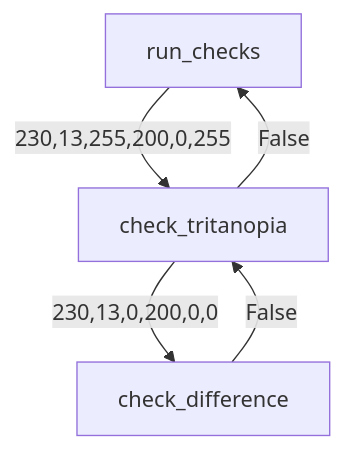
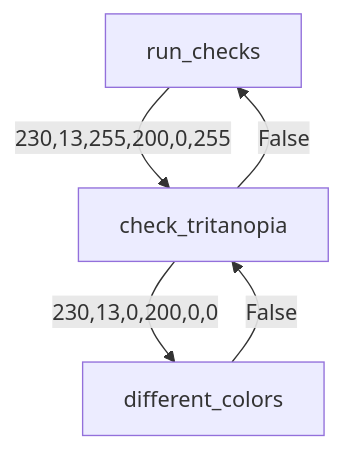
The fourth of 8 diagrams in instructions/ColorTestorDesign.md (CS5001-khoury/hw03), drawn with Mermaid before and after one commit. The commit also changed other lines of this file and 1 other file, not shown here.

````diff
--- a/instructions/ColorTestorDesign.md
+++ b/instructions/ColorTestorDesign.md
@@ -114,7 +114,7 @@
 ```mermaid
 flowchart TD
     run_checks -- 230,13,255,200,0,255 --> check_tritanopia
-    check_tritanopia -- 230,13,0,200,0,0 --> check_difference
-    check_difference -- False --> check_tritanopia
+    check_tritanopia -- 230,13,0,200,0,0 --> different_colors
+    different_colors -- False --> check_tritanopia
     check_tritanopia -- False --> run_checks
 ```
````
